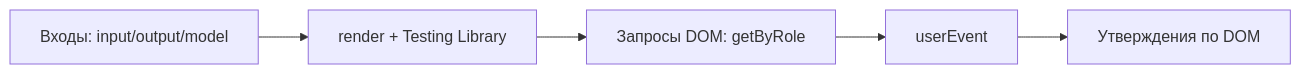
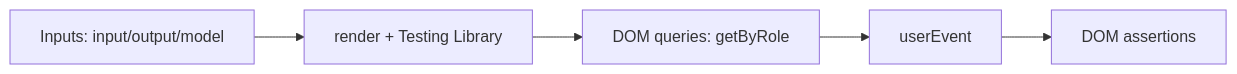
Before and after one commit to InsonusK/ai-skills: the diagram in skills/angular/architecture/v3.1/solutions/solution-ui-testing.skill/glossary/behavioral-component-testing.md, drawn with Mermaid. The commit also changed other lines of this file and 90 other files, not shown here.

````diff
--- a/skills/angular/architecture/v3.1/solutions/solution-ui-testing.skill/glossary/behavioral-component-testing.md
+++ b/skills/angular/architecture/v3.1/solutions/solution-ui-testing.skill/glossary/behavioral-component-testing.md
@@ -17,7 +17,7 @@
 ```mermaid
 flowchart LR
-  A[Входы: input/output/model] --> B[render + Testing Library]
-  B --> C[Запросы DOM: getByRole]
+  A[Inputs: input/output/model] --> B[render + Testing Library]
+  B --> C[DOM queries: getByRole]
   C --> D[userEvent]
-  D --> E[Утверждения по DOM]
+  D --> E[DOM assertions]
 ```
````
